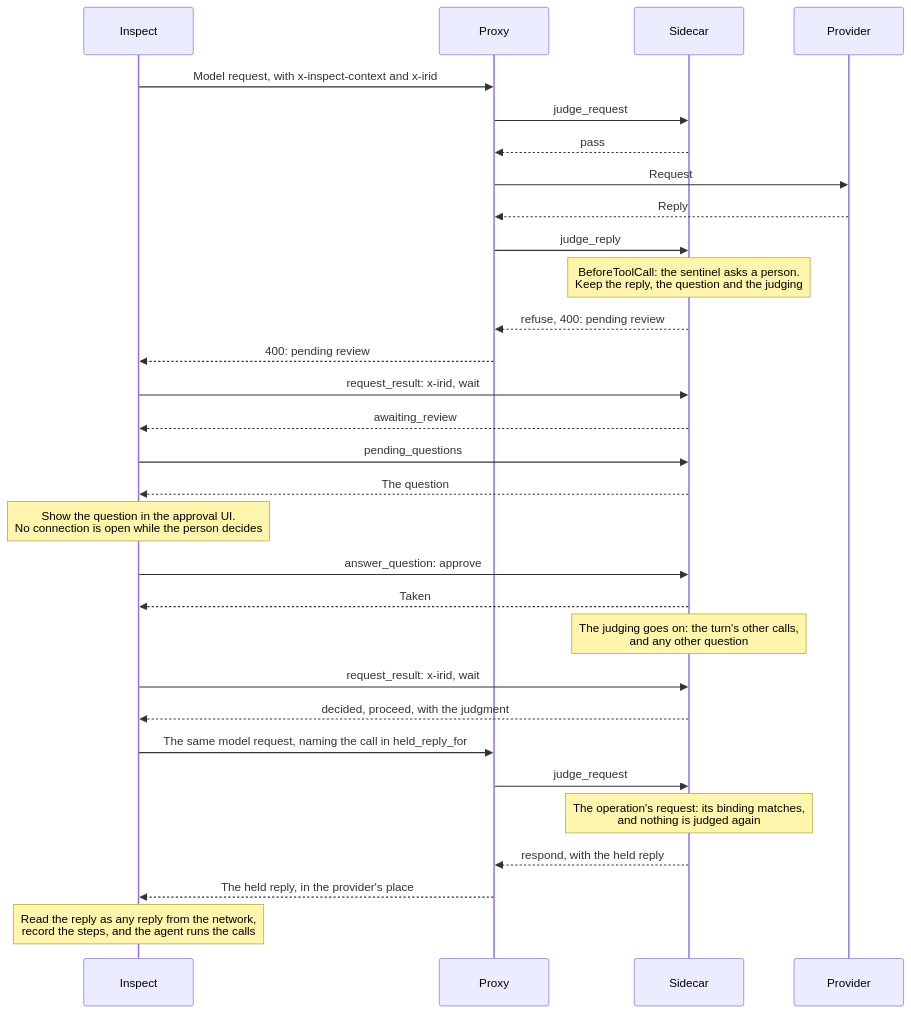
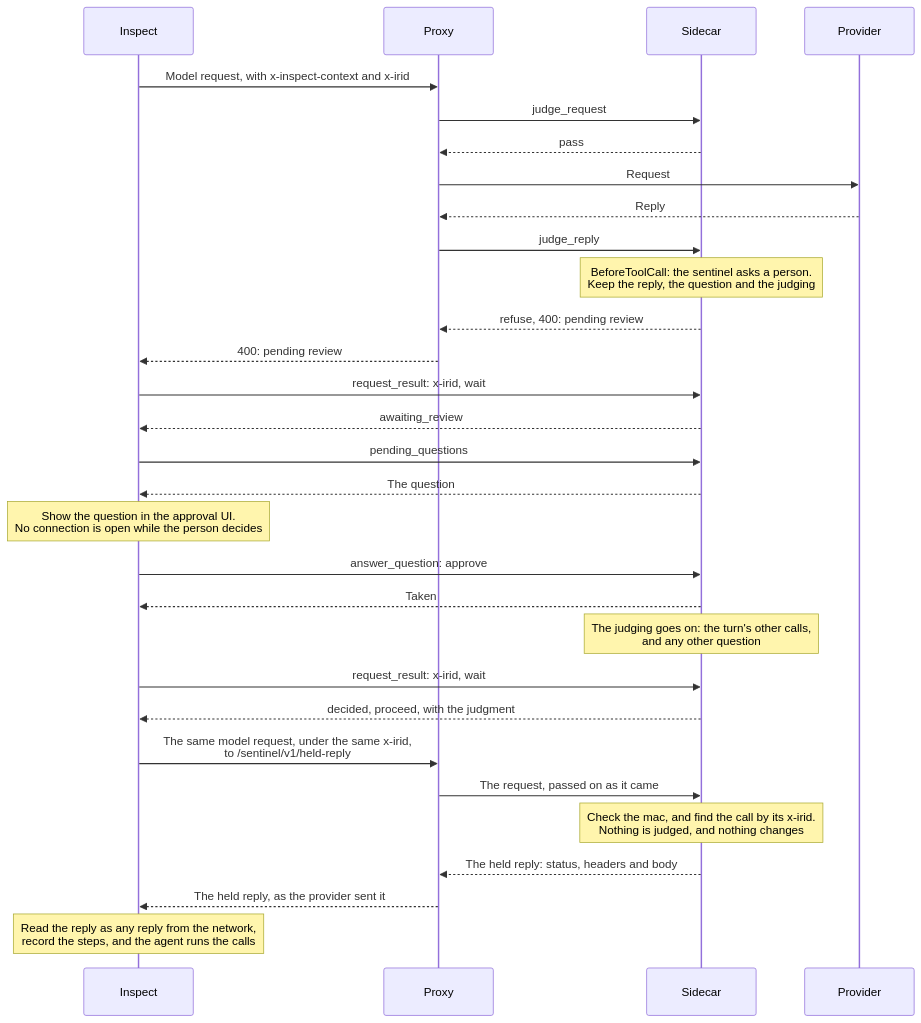
Before and after one commit to meridianlabs-ai/inspect_sentinel: the second of 11 diagrams in design/sidecar.md, drawn with Mermaid. The commit also changed other lines of this file and 19 other files, not shown here.

````diff
--- a/design/sidecar.md
+++ b/design/sidecar.md
@@ -1003,32 +1003,32 @@
 ```mermaid
 sequenceDiagram
     participant I as Inspect
     participant P as Proxy
     participant S as Sidecar
     participant M as Provider
     I->>P: Model request, with x-inspect-context and x-irid
     P->>S: judge_request
     S-->>P: pass
     P->>M: Request
     M-->>P: Reply
     P->>S: judge_reply
     Note over S: BeforeToolCall: the sentinel asks a person.<br/>Keep the reply, the question and the judging
     S-->>P: refuse, 400: pending review
     P-->>I: 400: pending review
     I->>S: request_result: x-irid, wait
     S-->>I: awaiting_review
     I->>S: pending_questions
     S-->>I: The question
     Note over I: Show the question in the approval UI.<br/>No connection is open while the person decides
     I->>S: answer_question: approve
     S-->>I: Taken
     Note over S: The judging goes on: the turn's other calls,<br/>and any other question
     I->>S: request_result: x-irid, wait
     S-->>I: decided, proceed, with the judgment
-    I->>P: The same model request, naming the call in held_reply_for
-    P->>S: judge_request
-    Note over S: The operation's request: its binding matches,<br/>and nothing is judged again
-    S-->>P: respond, with the held reply
-    P-->>I: The held reply, in the provider's place
+    I->>P: The same model request, under the same x-irid,<br/>to /sentinel/v1/held-reply
+    P->>S: The request, passed on as it came
+    Note over S: Check the mac, and find the call by its x-irid.<br/>Nothing is judged, and nothing changes
+    S-->>P: The held reply: status, headers and body
+    P-->>I: The held reply, as the provider sent it
     Note over I: Read the reply as any reply from the network,<br/>record the steps, and the agent runs the calls
 ```
````
